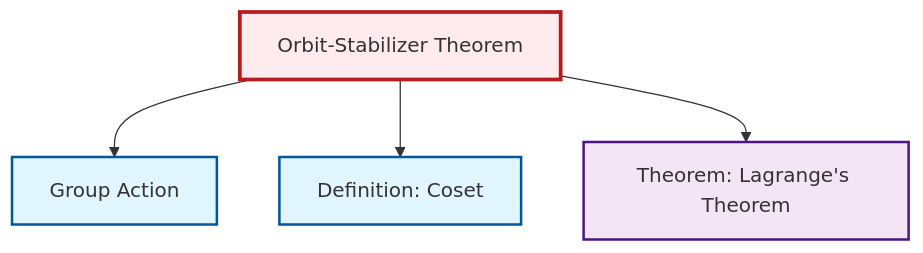
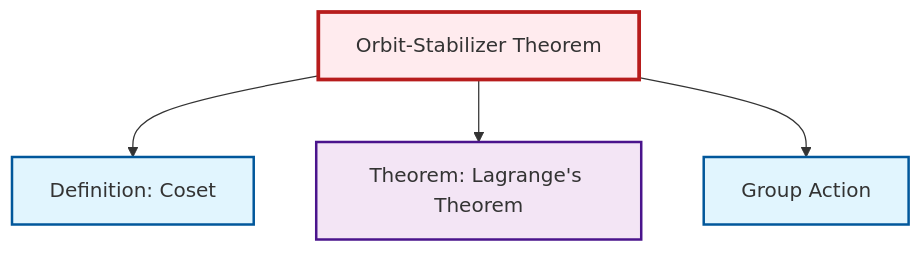
The diagram in content/en/algebra/thm-orbit-stabilizer.qmd (RK0429/ModernMath), drawn with Mermaid before and after one commit. The commit also changed other lines of this file and 328 other files, not shown here.

````diff
--- a/content/en/algebra/thm-orbit-stabilizer.qmd
+++ b/content/en/algebra/thm-orbit-stabilizer.qmd
@@ -63,20 +63,20 @@
 ```{mermaid}
 %%| fig-cap: "Local dependency graph"
 graph TD
     classDef definition fill:#e1f5fe,stroke:#01579b,stroke-width:2px
     classDef theorem fill:#f3e5f5,stroke:#4a148c,stroke-width:2px
     classDef axiom fill:#fff3e0,stroke:#e65100,stroke-width:2px
     classDef example fill:#e8f5e9,stroke:#1b5e20,stroke-width:2px
     classDef current fill:#ffebee,stroke:#b71c1c,stroke-width:3px
-    thm-orbit-stabilizer["Orbit-Stabilizer Theorem"]:::theorem
-    def-group-action["Group Action"]:::definition
     thm-lagrange["Theorem: Lagrange's Theorem"]:::theorem
     def-coset["Definition: Coset"]:::definition
-    thm-orbit-stabilizer --> def-group-action
+    def-group-action["Group Action"]:::definition
+    thm-orbit-stabilizer["Orbit-Stabilizer Theorem"]:::theorem
     thm-orbit-stabilizer --> def-coset
     thm-orbit-stabilizer --> thm-lagrange
+    thm-orbit-stabilizer --> def-group-action
     class thm-orbit-stabilizer current
-    click def-group-action "def-group-action.html" "Go to Group Action"
     click thm-lagrange "thm-lagrange.html" "Go to Lagrange's Theorem theorem"
     click def-coset "def-coset.html" "Go to Coset definition"
+    click def-group-action "def-group-action.html" "Go to Group Action"
 ```
````
